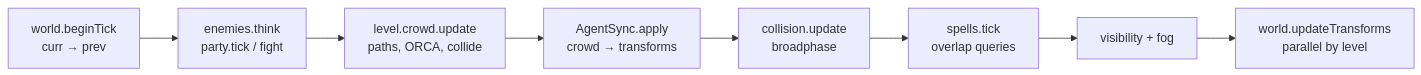
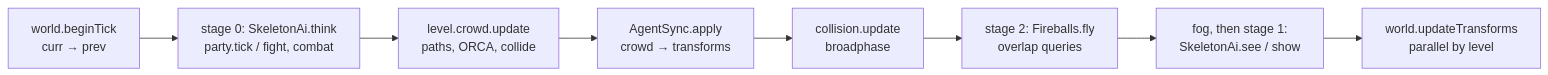
Before and after one commit to ilumar589/JEddyFramework: the third of 3 diagrams in docs/learn/01-architecture.md, drawn with Mermaid. The commit also changed other lines of this file and 19 other files, not shown here.

````diff
--- a/docs/learn/01-architecture.md
+++ b/docs/learn/01-architecture.md
@@ -1816,10 +1817,10 @@
 ```mermaid
 flowchart LR
-  bt["world.beginTick<br/>curr → prev"] --> ai["enemies.think<br/>party.tick / fight"]
+  bt["world.beginTick<br/>curr → prev"] --> ai["stage 0: SkeletonAi.think<br/>party.tick / fight, combat"]
   ai --> crowd["level.crowd.update<br/>paths, ORCA, collide"]
   crowd --> sync["AgentSync.apply<br/>crowd → transforms"]
   sync --> col["collision.update<br/>broadphase"]
-  col --> sp["spells.tick<br/>overlap queries"]
-  sp --> vis["visibility + fog"]
+  col --> sp["stage 2: Fireballs.fly<br/>overlap queries"]
+  sp --> vis["fog, then stage 1:<br/>SkeletonAi.see / show"]
   vis --> tr["world.updateTransforms<br/>parallel by level"]
 ```
````
